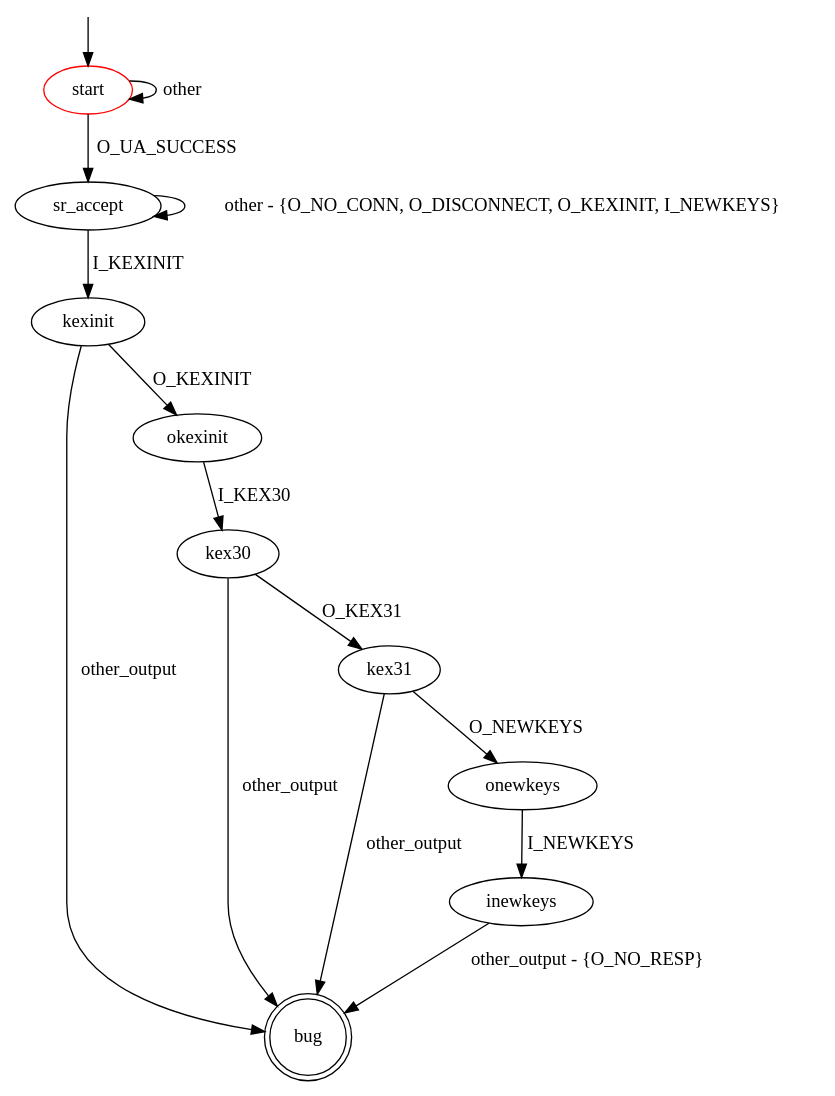
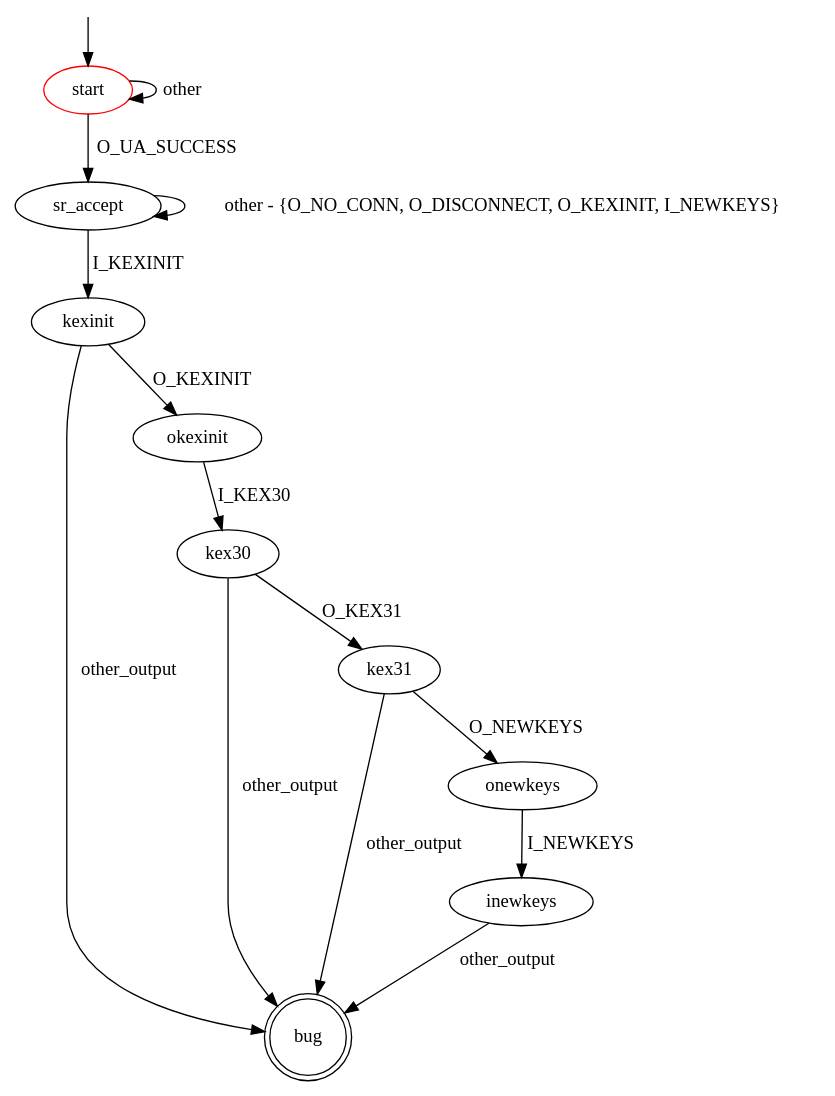
Before and after one commit to assist-project/state-machine-bug-finder: the diagram in src/main/resources/patterns/ssh/server/rekey_failure_post-authentication.dot, drawn with Graphviz. The commit also changed 14 other files, not shown here.

```diff
--- a/src/main/resources/patterns/ssh/server/rekey_failure_post-authentication.dot
+++ b/src/main/resources/patterns/ssh/server/rekey_failure_post-authentication.dot
@@ -1,22 +1,22 @@
 digraph G {
 label=""
 start [color="red"]
 bug [shape="doublecircle"]
 
 start -> sr_accept [label="O_UA_SUCCESS"]
 start -> start [label="other"]
 sr_accept -> kexinit [label="I_KEXINIT"]
 sr_accept -> sr_accept [label="other - {O_NO_CONN, O_DISCONNECT, O_KEXINIT, I_NEWKEYS}"]
 kexinit -> okexinit [label="O_KEXINIT"]
 kexinit -> bug [label="other_output"]
 okexinit -> kex30 [label="I_KEX30"]
 kex30 -> kex31 [label="O_KEX31"]
 kex30 -> bug [label="other_output"]
 kex31 -> onewkeys [label="O_NEWKEYS"]
 kex31 -> bug [label="other_output"]
 onewkeys -> inewkeys [label="I_NEWKEYS"]
-inewkeys -> bug [label="other_output - {O_NO_RESP}"]
+inewkeys -> bug [label="other_output"]
 
 __start0 [label="" shape="none" width="0" height="0"];
 __start0 -> start;
 }
```
